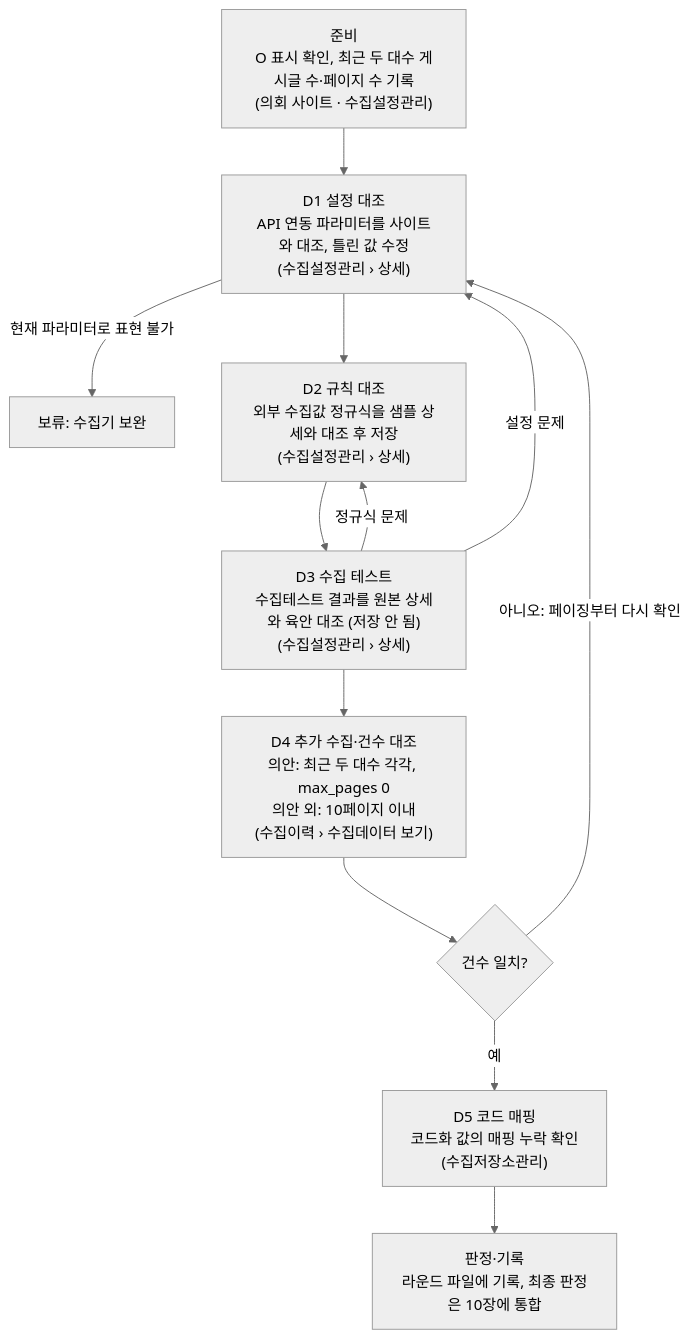
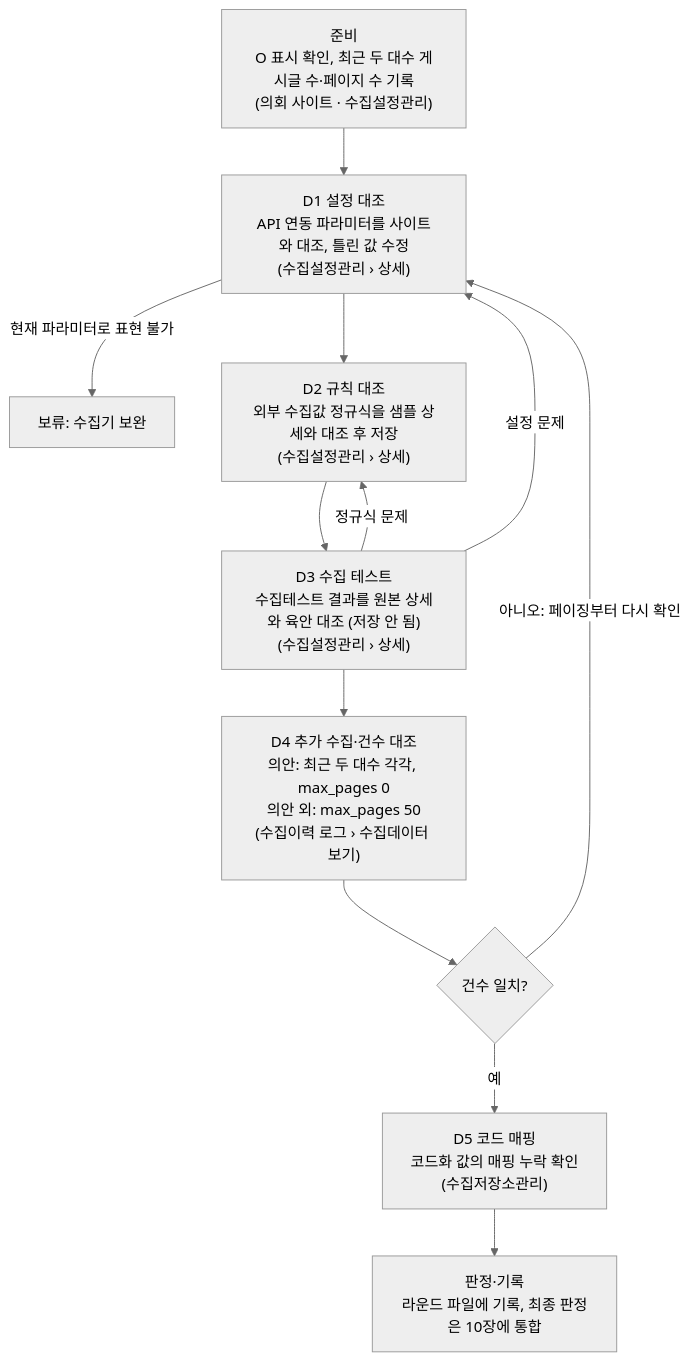
The diagram in SSOT.md (choimingyu99/collector), drawn with Mermaid (neutral theme) before and after one commit. The commit also changed other lines of this file and 2 other files, not shown here.

````diff
--- a/SSOT.md
+++ b/SSOT.md
@@ -80,14 +81,14 @@
 ```mermaid
 flowchart TD
     P["준비<br/>O 표시 확인, 최근 두 대수 게시글 수·페이지 수 기록<br/>(의회 사이트 · 수집설정관리)"] --> D1["D1 설정 대조<br/>API 연동 파라미터를 사이트와 대조, 틀린 값 수정<br/>(수집설정관리 › 상세)"]
     D1 -->|현재 파라미터로 표현 불가| H["보류: 수집기 보완"]
     D1 --> D2["D2 규칙 대조<br/>외부 수집값 정규식을 샘플 상세와 대조 후 저장<br/>(수집설정관리 › 상세)"]
     D2 --> D3["D3 수집 테스트<br/>수집테스트 결과를 원본 상세와 육안 대조 (저장 안 됨)<br/>(수집설정관리 › 상세)"]
     D3 -->|정규식 문제| D2
     D3 -->|설정 문제| D1
-    D3 --> D4["D4 추가 수집·건수 대조<br/>의안: 최근 두 대수 각각, max_pages 0<br/>의안 외: 10페이지 이내<br/>(수집이력 › 수집데이터 보기)"]
+    D3 --> D4["D4 추가 수집·건수 대조<br/>의안: 최근 두 대수 각각, max_pages 0<br/>의안 외: max_pages 50<br/>(수집이력 로그 › 수집데이터 보기)"]
     D4 --> C{건수 일치?}
     C -->|아니오: 페이징부터 다시 확인| D1
     C -->|예| D5["D5 코드 매핑<br/>코드화 값의 매핑 누락 확인<br/>(수집저장소관리)"]
     D5 --> R["판정·기록<br/>라운드 파일에 기록, 최종 판정은 10장에 통합"]
 ```
````
